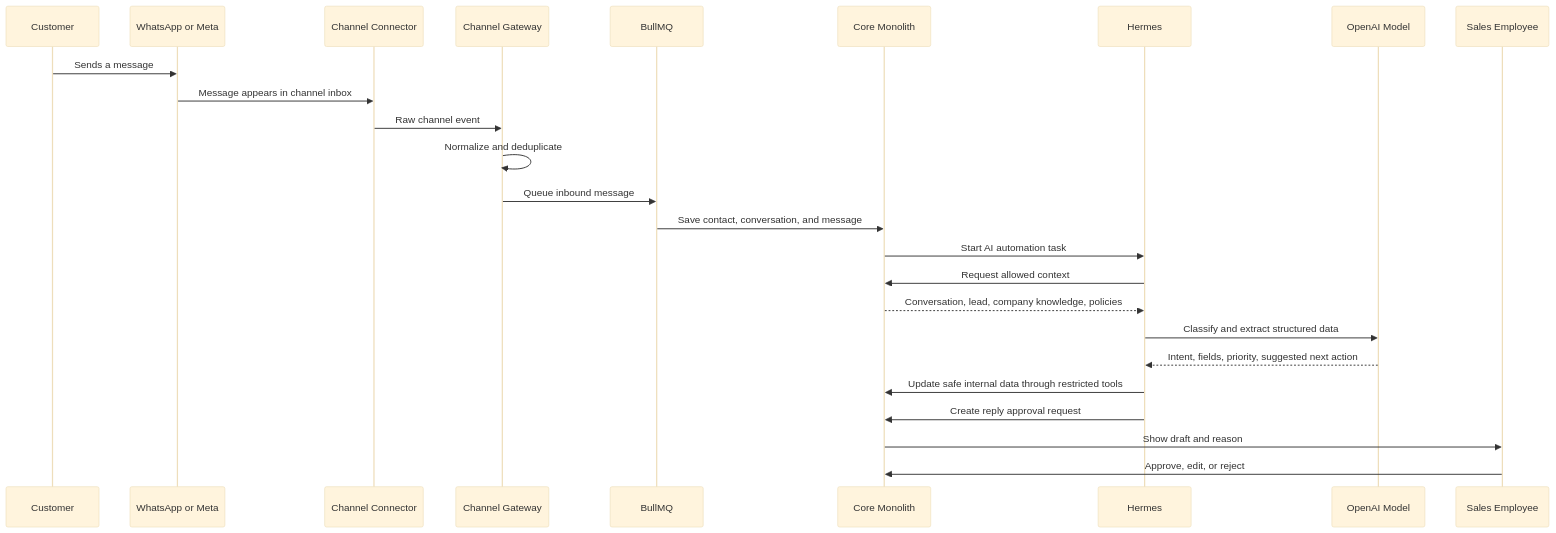
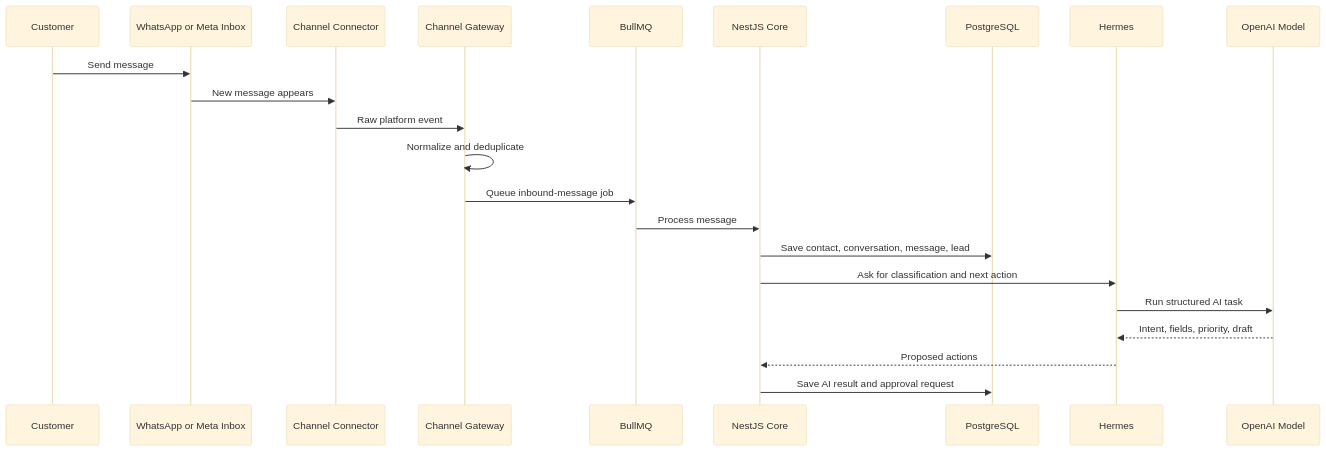
The fourth of 7 diagrams in README.md (Metwally-Sayed/ai-sales-automation-architecture), drawn with Mermaid (base theme) before and after one commit. The commit also changed other lines of this file, not shown here.

Commit message:
docs: replace complex diagram with clear architecture views

````diff
--- a/README.md
+++ b/README.md
@@ -481,28 +232,25 @@
 ```mermaid
 sequenceDiagram
     participant C as Customer
-    participant P as WhatsApp or Meta
-    participant X as Channel Connector
+    participant CH as WhatsApp or Meta Inbox
+    participant CO as Channel Connector
     participant G as Channel Gateway
     participant Q as BullMQ
-    participant M as Core Monolith
+    participant APP as NestJS Core
+    participant DB as PostgreSQL
     participant H as Hermes
-    participant O as OpenAI Model
-    participant E as Sales Employee
+    participant M as OpenAI Model
 
-    C->>P: Sends a message
-    P->>X: Message appears in channel inbox
-    X->>G: Raw channel event
+    C->>CH: Send message
+    CH->>CO: New message appears
+    CO->>G: Raw platform event
     G->>G: Normalize and deduplicate
-    G->>Q: Queue inbound message
-    Q->>M: Save contact, conversation, and message
-    M->>H: Start AI automation task
-    H->>M: Request allowed context
-    M-->>H: Conversation, lead, company knowledge, policies
-    H->>O: Classify and extract structured data
-    O-->>H: Intent, fields, priority, suggested next action
-    H->>M: Update safe internal data through restricted tools
-    H->>M: Create reply approval request
-    M->>E: Show draft and reason
-    E->>M: Approve, edit, or reject
+    G->>Q: Queue inbound-message job
+    Q->>APP: Process message
+    APP->>DB: Save contact, conversation, message, lead
+    APP->>H: Ask for classification and next action
+    H->>M: Run structured AI task
+    M-->>H: Intent, fields, priority, draft
+    H-->>APP: Proposed actions
+    APP->>DB: Save AI result and approval request
 ```
````
